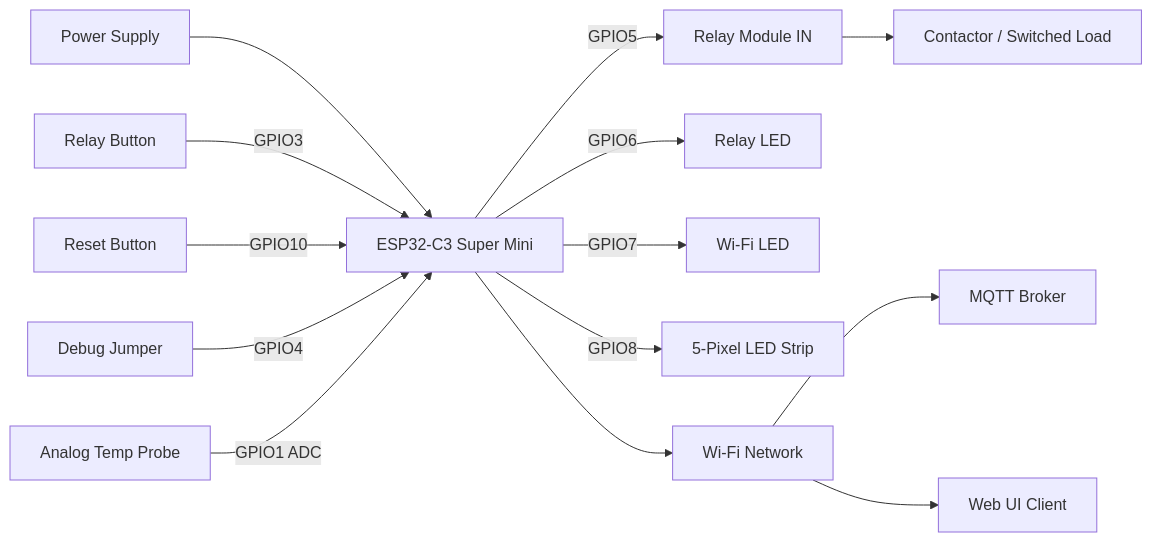
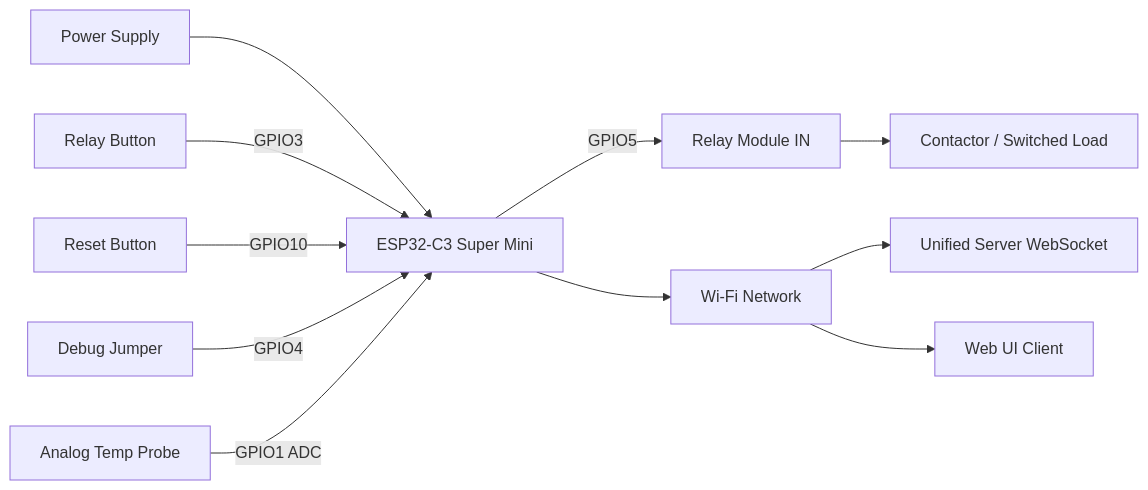
The diagram in docs/WIRING.md (keithjasper83/ESPRelays), drawn with Mermaid before and after one commit. The commit also changed other lines of this file and 162 other files, not shown here.

Commit message:
refactor(firmware): retire MQTT and disconnected LED support

````diff
--- a/docs/WIRING.md
+++ b/docs/WIRING.md
@@ -39,21 +37,18 @@
 ```mermaid
 flowchart LR
     PSU[Power Supply] --> ESP[ESP32-C3 Super Mini]
 
     ESP -->|GPIO5| RELAY[Relay Module IN]
     RELAY --> LOAD[Contactor / Switched Load]
 
-    ESP -->|GPIO6| LEDR[Relay LED]
-    ESP -->|GPIO7| LEDW[Wi-Fi LED]
-    ESP -->|GPIO8| LEDSTRIP[5-Pixel LED Strip]
 
     BTN1[Relay Button] -->|GPIO3| ESP
     BTN2[Reset Button] -->|GPIO10| ESP
     JDBG[Debug Jumper] -->|GPIO4| ESP
 
     PROBE[Analog Temp Probe] -->|GPIO1 ADC| ESP
 
     ESP --> WIFI[Wi-Fi Network]
-    WIFI --> MQTT[MQTT Broker]
+    WIFI --> UNIFIED[Unified Server WebSocket]
     WIFI --> WEB[Web UI Client]
 ```
````
